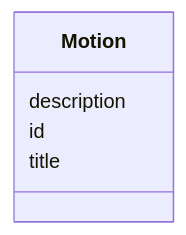
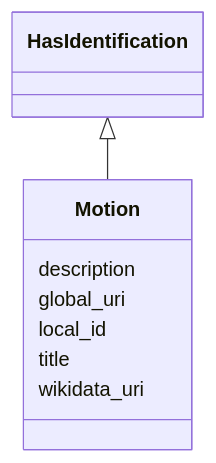
One commit to swiss/political-affairs-ech-group changed the diagram in ech-0293_operations/output/docs/Motion.md. Above: the diagram before and after it, drawn with Mermaid. The commit also changed other lines of this file and 79 other files, not shown here.

````diff
--- a/ech-0293_operations/output/docs/Motion.md
+++ b/ech-0293_operations/output/docs/Motion.md
@@ -22,12 +22,19 @@
 ```mermaid
  classDiagram
     class Motion
     click Motion href "../Motion/"
+      HasIdentification <|-- Motion
+        click HasIdentification href "../HasIdentification/"
+      
       Motion : description
         
-      Motion : id
+      Motion : global_uri
+        
+      Motion : local_id
         
       Motion : title
         
+      Motion : wikidata_uri
+        
       
 ```
````
